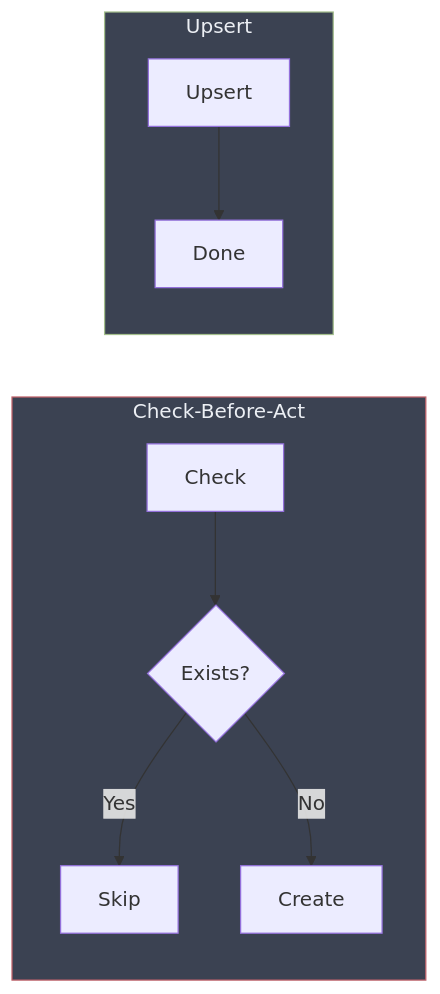
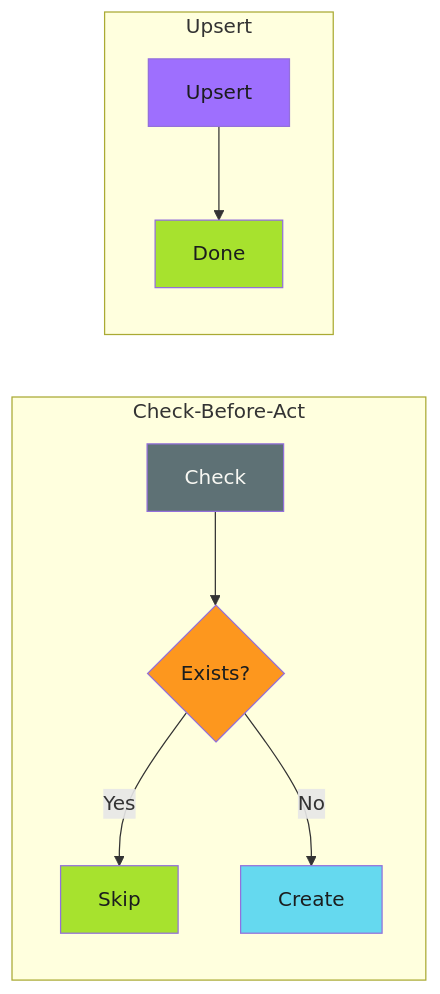
Before and after one commit to adaptive-enforcement-lab/adaptive-enforcement-lab-com: the diagram in docs/operator-manual/engineering-patterns/idempotency/patterns/upsert.md, drawn with Mermaid. The commit also changed 5 other files, not shown here.

First line of the commit message:
Apply Ghostty Hardcore theme to all mermaid charts

````diff
--- a/docs/operator-manual/engineering-patterns/idempotency/patterns/upsert.md
+++ b/docs/operator-manual/engineering-patterns/idempotency/patterns/upsert.md
@@ -23,15 +23,19 @@
 ```mermaid
 flowchart LR
     subgraph CBA["Check-Before-Act"]
         A1[Check] --> A2{Exists?}
         A2 -->|Yes| A3[Skip]
         A2 -->|No| A4[Create]
     end
 
     subgraph UP["Upsert"]
         B1[Upsert] --> B2[Done]
     end
 
-    style CBA fill:#3b4252,stroke:#bf616a,color:#eceff4
-    style UP fill:#3b4252,stroke:#a3be8c,color:#eceff4
+    style A1 fill:#5e7175,color:#f8f8f3
+    style A2 fill:#fd971e,color:#1b1d1e
+    style A3 fill:#a7e22e,color:#1b1d1e
+    style A4 fill:#65d9ef,color:#1b1d1e
+    style B1 fill:#9e6ffe,color:#1b1d1e
+    style B2 fill:#a7e22e,color:#1b1d1e
 ```
````
